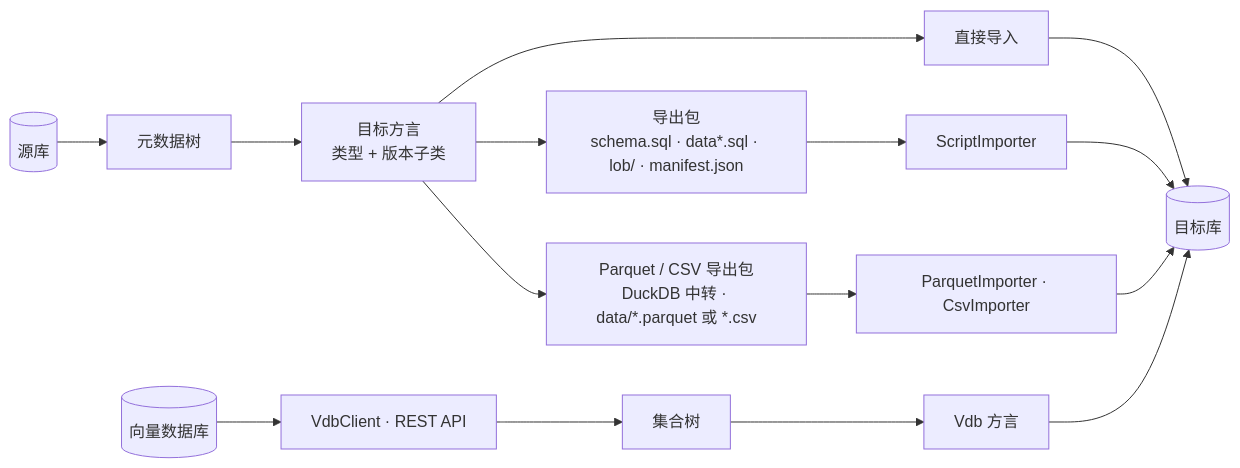
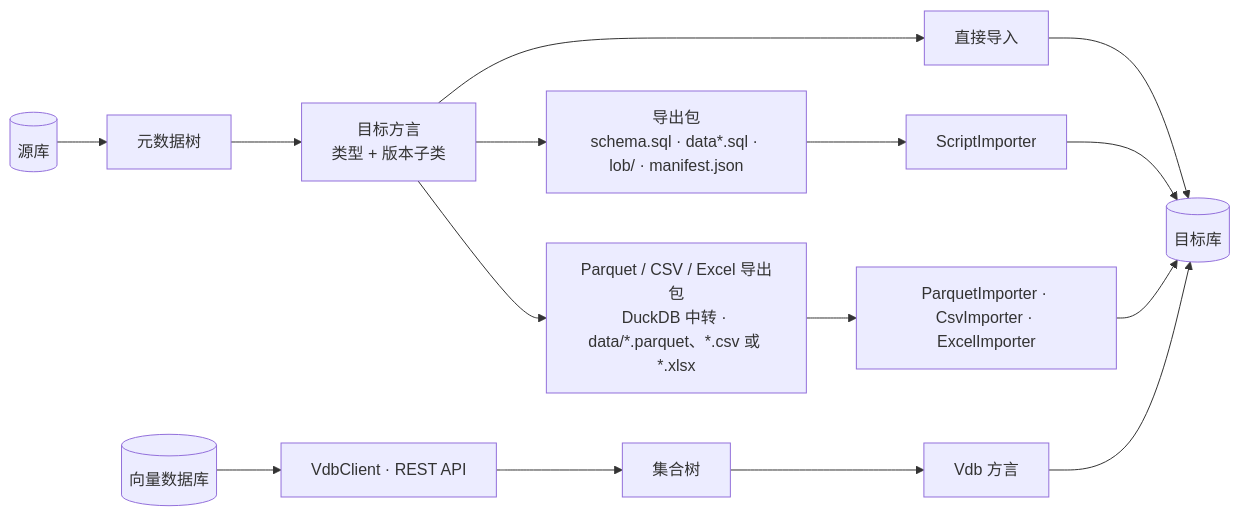
The diagram in docs/blogger/sqljam-zh.md (paganini2008/sqljam), drawn with Mermaid before and after one commit. The commit also changed other lines of this file and 79 other files, not shown here.

Commit message:
feat: Excel import and export, CSV and Excel classes in impexp.fs, Utils classes in utils

````diff
--- a/docs/blogger/sqljam-zh.md
+++ b/docs/blogger/sqljam-zh.md
@@ -151,11 +152,11 @@
 ```mermaid
 flowchart LR
     S[(源库)] --> T[元数据树]
     T --> D[目标方言<br/>类型 + 版本子类]
     D --> I[直接导入] --> TD[(目标库)]
     D --> E[导出包<br/>schema.sql · data*.sql · lob/ · manifest.json]
     E --> SI[ScriptImporter] --> TD
-    D --> P[Parquet / CSV 导出包<br/>DuckDB 中转 · data/*.parquet 或 *.csv]
-    P --> PI[ParquetImporter · CsvImporter] --> TD
+    D --> P[Parquet / CSV / Excel 导出包<br/>DuckDB 中转 · data/*.parquet、*.csv 或 *.xlsx]
+    P --> PI[ParquetImporter · CsvImporter · ExcelImporter] --> TD
     V[(向量数据库)] --> VC[VdbClient · REST API] --> VT[集合树] --> VD[Vdb 方言] --> TD
 ```
````
